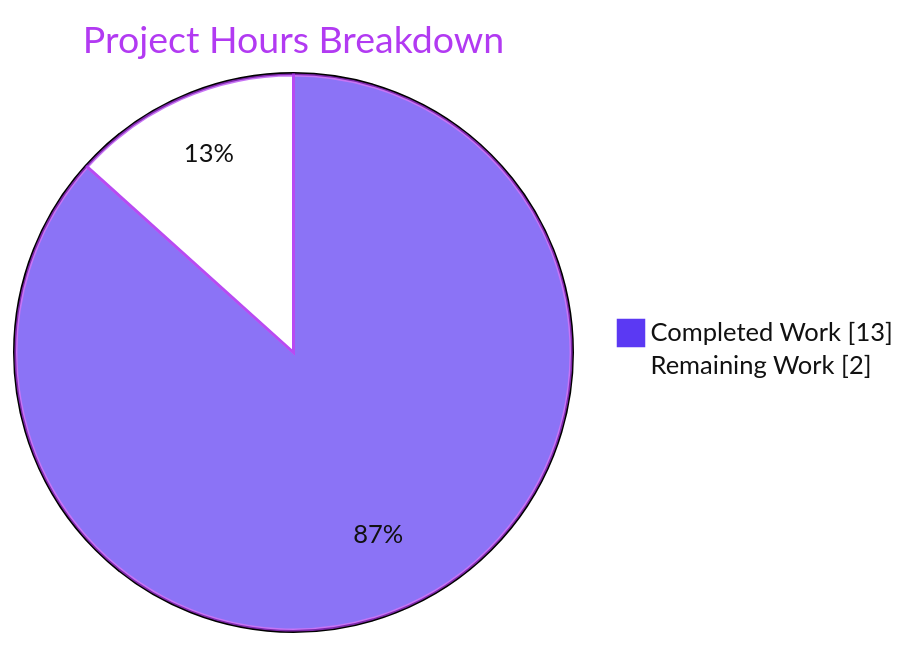
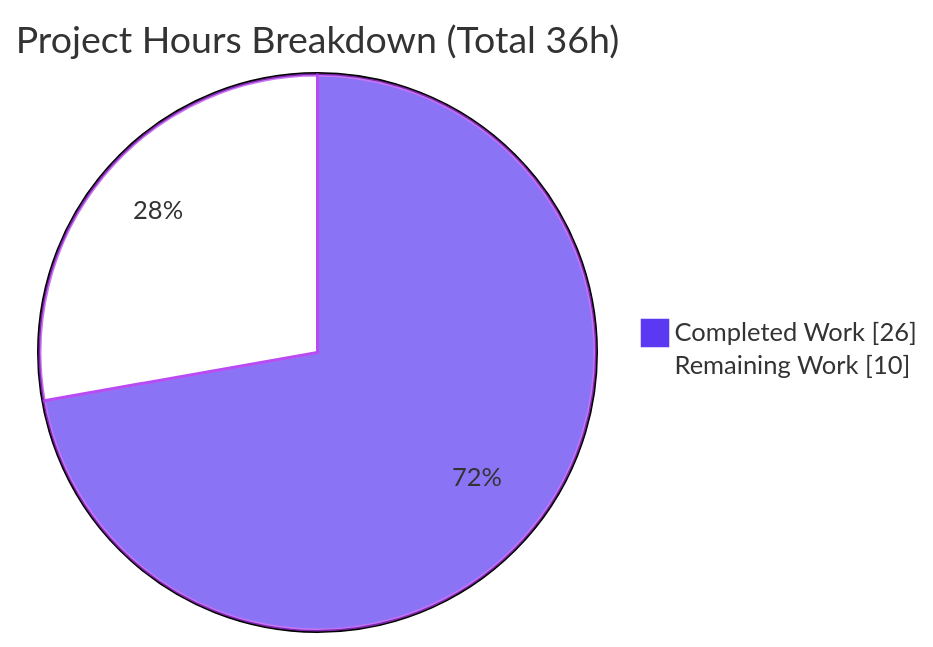
The second of 3 diagrams in blitzy/documentation/Project Guide.md (Sandeep02Kumar02/23-dec-existing-projects-qa-test-2), drawn with Mermaid before and after one commit. The commit also changed other lines of this file, not shown here.

Commit message:
Adding Blitzy Project Guide: Project Status and Human Tasks Remaining

````diff
--- a/blitzy/documentation/Project Guide.md
+++ b/blitzy/documentation/Project Guide.md
@@ -199,7 +219,6 @@
 ```mermaid
-%%{init: {"theme": "base", "themeVariables": {"pie1": "#5B39F3", "pie2": "#FFFFFF", "pieStrokeColor": "#B23AF2", "pieOuterStrokeWidth": "2px", "pieTitleTextColor": "#B23AF2", "pieSectionTextColor": "#111111", "pieLegendTextColor": "#111111"}}}%%
-pie showData
-    title Project Hours Breakdown
-    "Completed Work" : 13
-    "Remaining Work" : 2
+%%{init: {'theme':'base', 'themeVariables': {'pie1':'#5B39F3','pie2':'#FFFFFF','pieStrokeColor':'#B23AF2','pieOuterStrokeWidth':'2px','pieStrokeWidth':'2px'}}}%%
+pie showData title Project Hours Breakdown (Total 36h)
+    "Completed Work" : 26
+    "Remaining Work" : 10
 ```
````
